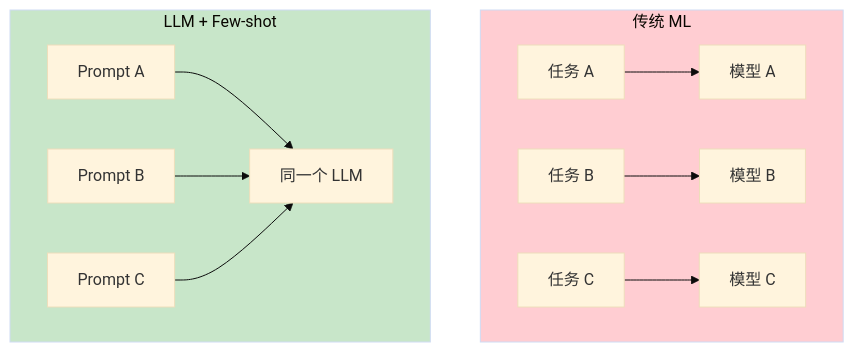
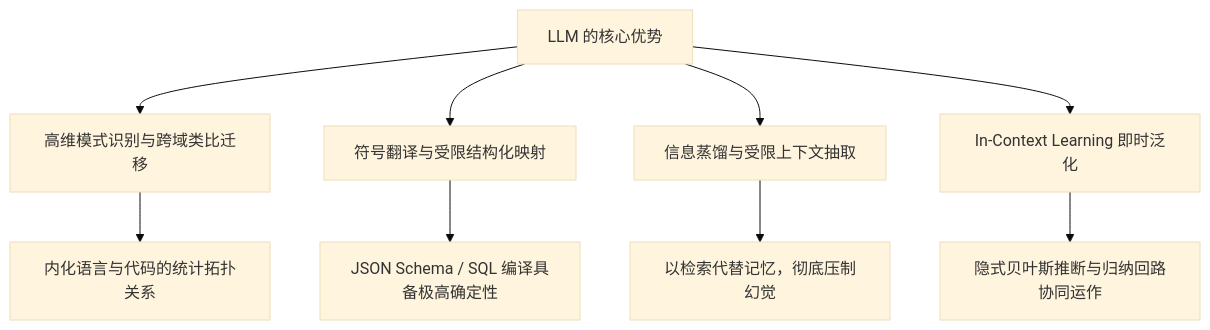
Before and after one commit to yingwang/thinking-in-llm: the fourth of 4 diagrams in chapters/05-strengths.md, drawn with Mermaid (base theme). The commit also changed other lines of this file and 31 other files, not shown here.

````diff
--- a/chapters/05-strengths.md
+++ b/chapters/05-strengths.md
@@ -298,17 +389,12 @@
 ```mermaid
-flowchart TD
-    subgraph 传统["传统 ML"]
-        T1["任务 A"] --> M1["模型 A"]
-        T2["任务 B"] --> M2["模型 B"]
-        T3["任务 C"] --> M3["模型 C"]
-    end
+graph TB
+    A["LLM 的核心优势"] --> B["高维模式识别与跨域类比迁移"]
+    A --> C["符号翻译与受限结构化映射"]
+    A --> D["信息蒸馏与受限上下文抽取"]
+    A --> E["In-Context Learning 即时泛化"]
     
-    subgraph LLM["LLM + Few-shot"]
-        P1["Prompt A"] --> M["同一个 LLM"]
-        P2["Prompt B"] --> M
-        P3["Prompt C"] --> M
-    end
-    
-    style 传统 fill:#ffcdd2
-    style LLM fill:#c8e6c9
+    B --> F["内化语言与代码的统计拓扑关系"]
+    C --> G["JSON Schema / SQL 编译具备极高确定性"]
+    D --> H["以检索代替记忆，彻底压制幻觉"]
+    E --> I["隐式贝叶斯推断与归纳回路协同运作"]
 ```
````
